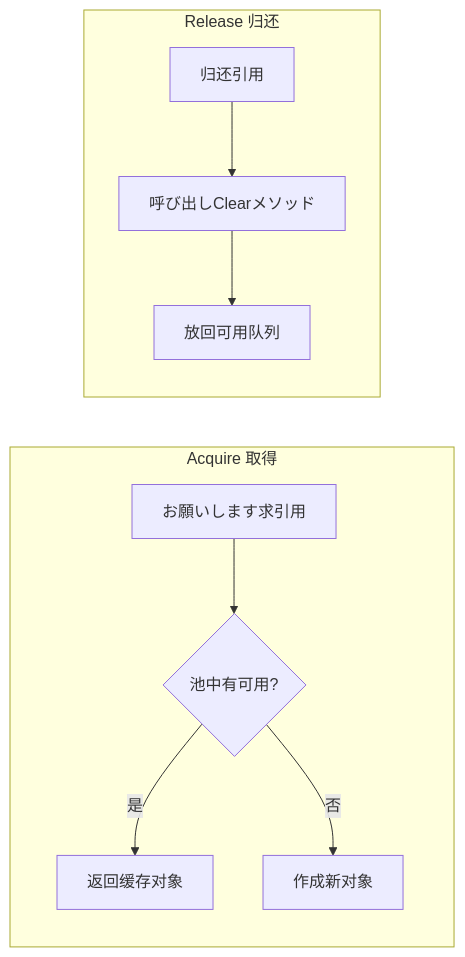
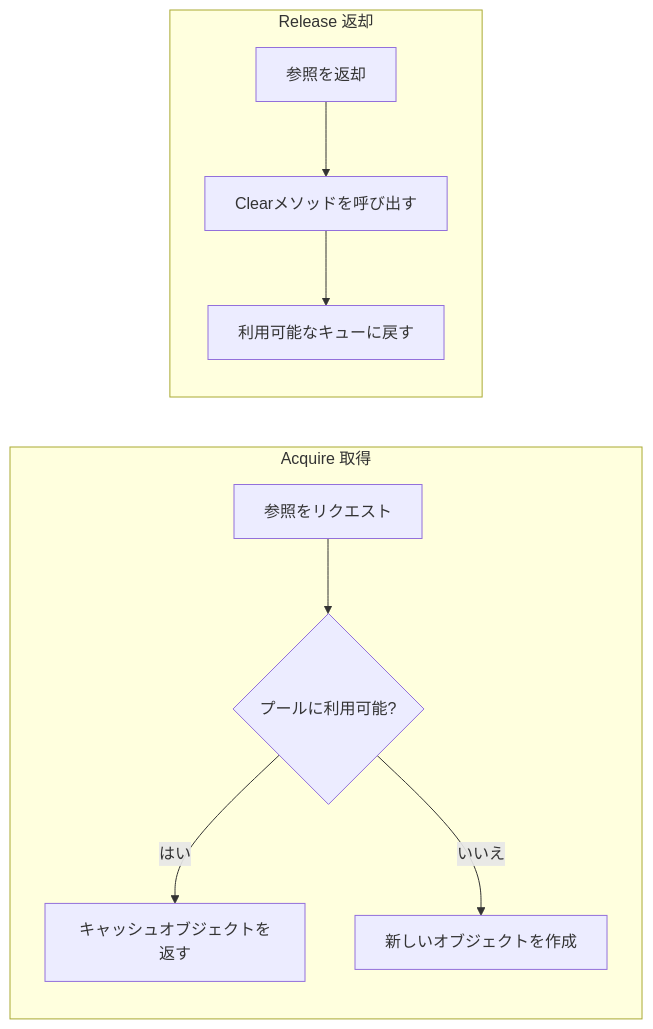
One commit to AlianBlank/GameFrameX.Docs changed the fourth of 4 diagrams in docs/ja/client/unity/component/core/04.features.md. Above: the diagram before and after it, drawn with Mermaid. The commit also changed other lines of this file and 320 other files, not shown here.

````diff
--- a/docs/ja/client/unity/component/core/04.features.md
+++ b/docs/ja/client/unity/component/core/04.features.md
@@ -259,13 +259,13 @@
 ```mermaid
 flowchart LR
     subgraph "Acquire 取得"
-        A1[お願いします求引用] --> A2{池中有可用?}
-        A2 -->|是| A3[返回缓存对象]
-        A2 -->|否| A4[作成新对象]
+        A1[参照をリクエスト] --> A2{プールに利用可能?}
+        A2 -->|はい| A3[キャッシュオブジェクトを返す]
+        A2 -->|いいえ| A4[新しいオブジェクトを作成]
     end
-    
-    subgraph "Release 归还"
-        R1[归还引用] --> R2[呼び出しClearメソッド]
-        R2 --> R3[放回可用队列]
+
+    subgraph "Release 返却"
+        R1[参照を返却] --> R2[Clearメソッドを呼び出す]
+        R2 --> R3[利用可能なキューに戻す]
     end
 ```
````
